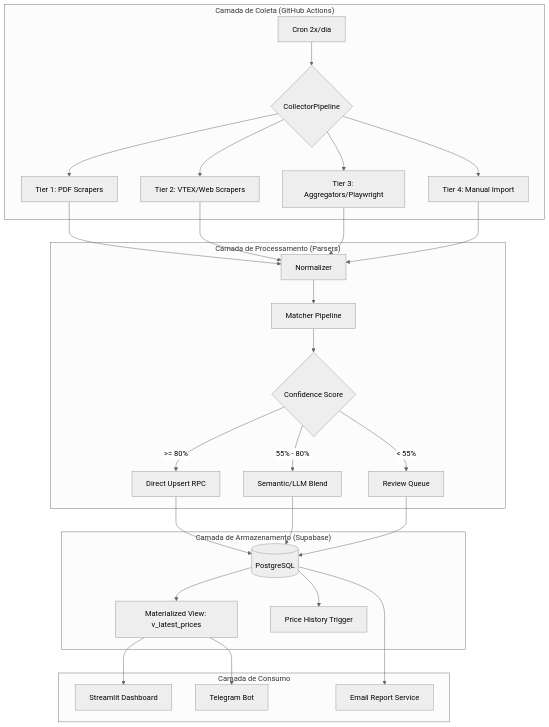
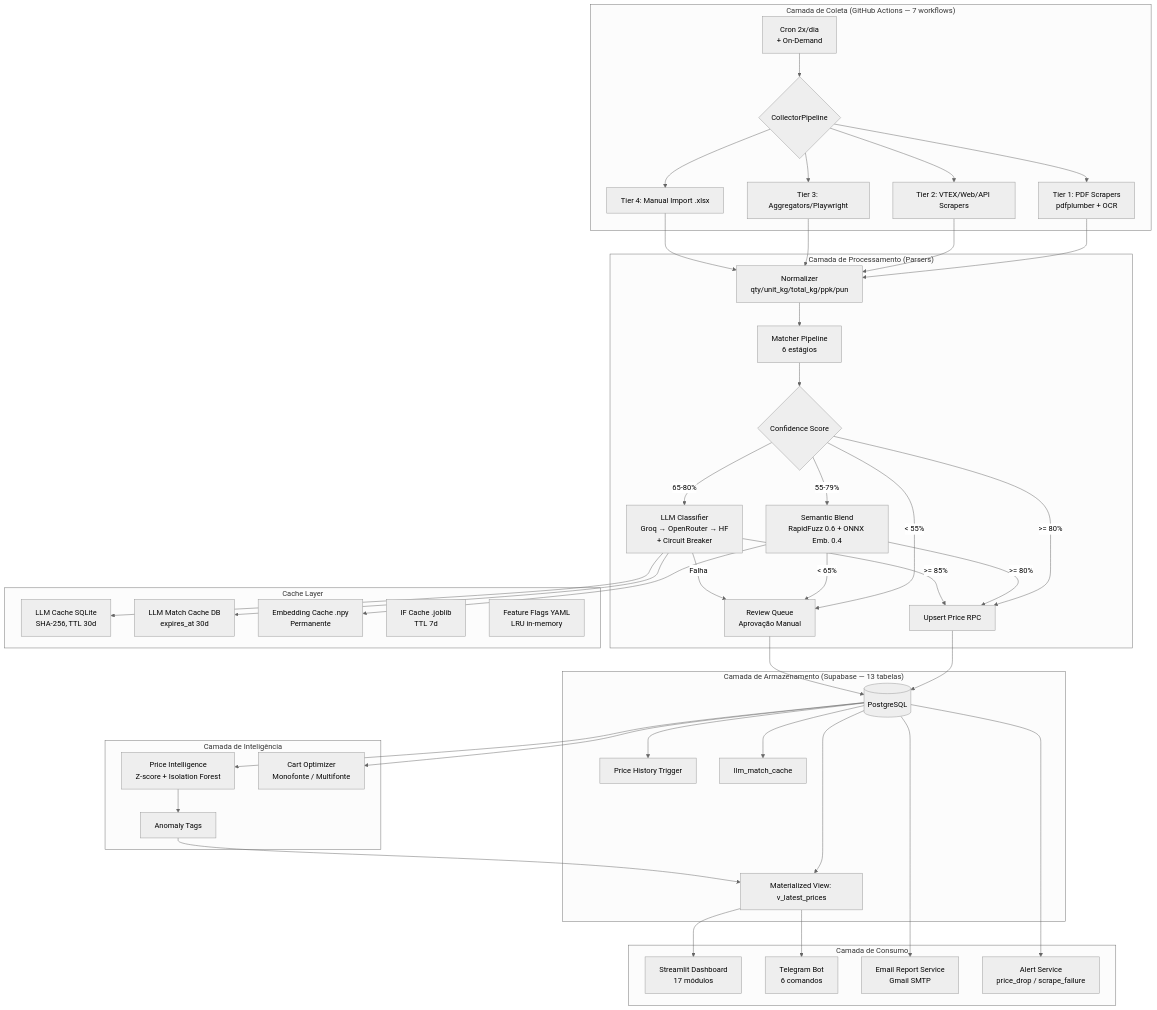
Before and after one commit to ZeroBond85/CustoDoce: the first of 2 diagrams in docs/architecture.md, drawn with Mermaid (neutral theme). The commit also changed other lines of this file and 7 other files, not shown here.

First line of the commit message:
docs: atualizar toda documentação pós-Fase 8 (LLM resilience, cache, cart optimizer, capacidade planning)

````diff
--- a/docs/architecture.md
+++ b/docs/architecture.md
@@ -9,32 +9,57 @@
 ```mermaid
 graph TD
-    subgraph "Camada de Coleta (GitHub Actions)"
-        A[Cron 2x/dia] --> B{CollectorPipeline}
-        B --> C[Tier 1: PDF Scrapers]
-        B --> D[Tier 2: VTEX/Web Scrapers]
+    subgraph "Camada de Coleta (GitHub Actions — 7 workflows)"
+        A[Cron 2x/dia<br/>+ On-Demand] --> B{CollectorPipeline}
+        B --> C[Tier 1: PDF Scrapers<br/>pdfplumber + OCR]
+        B --> D[Tier 2: VTEX/Web/API Scrapers]
         B --> E[Tier 3: Aggregators/Playwright]
-        B --> F[Tier 4: Manual Import]
+        B --> F[Tier 4: Manual Import .xlsx]
     end
 
     subgraph "Camada de Processamento (Parsers)"
-        C & D & E & F --> G[Normalizer]
-        G --> H[Matcher Pipeline]
+        C & D & E & F --> G[Normalizer<br/>qty/unit_kg/total_kg/ppk/pun]
+        G --> H[Matcher Pipeline<br/>6 estágios]
         H --> I{Confidence Score}
-        I -- ">= 80%" --> J[Direct Upsert RPC]
-        I -- "55% - 80%" --> K[Semantic/LLM Blend]
-        I -- "< 55%" --> L[Review Queue]
+        I -- ">= 80%" --> J[Upsert Price RPC]
+        I -- "55-79%" --> K[Semantic Blend<br/>RapidFuzz 0.6 + ONNX Emb. 0.4]
+        I -- "65-80%" --> L[LLM Classifier<br/>Groq → OpenRouter → HF<br/>+ Circuit Breaker]
+        I -- "< 55%" --> M[Review Queue<br/>Aprovação Manual]
+        K -- ">= 80%" --> J
+        K -- "< 65%" --> M
+        L -- ">= 85%" --> J
+        L -- "Falha" --> M
     end
 
-    subgraph "Camada de Armazenamento (Supabase)"
-        J & K --> M[(PostgreSQL)]
-        L --> M
-        M --> N[Materialized View: v_latest_prices]
-        M --> O[Price History Trigger]
+    subgraph "Cache Layer"
+        N1[LLM Cache SQLite<br/>SHA-256, TTL 30d]
+        N2[LLM Match Cache DB<br/>expires_at 30d]
+        N3[Embedding Cache .npy<br/>Permanente]
+        N4[IF Cache .joblib<br/>TTL 7d]
+        N5[Feature Flags YAML<br/>LRU in-memory]
+        L --> N1
+        L --> N2
+        K --> N3
+    end
+
+    subgraph "Camada de Armazenamento (Supabase — 13 tabelas)"
+        J --> O[(PostgreSQL)]
+        M --> O
+        O --> P[Materialized View: v_latest_prices]
+        O --> Q[Price History Trigger]
+        O --> R[llm_match_cache]
+    end
+
+    subgraph "Camada de Inteligência"
+        O --> S[Price Intelligence<br/>Z-score + Isolation Forest]
+        S --> T[Anomaly Tags]
+        O --> U[Cart Optimizer<br/>Monofonte / Multifonte]
+        T --> P
     end
 
     subgraph "Camada de Consumo"
-        N --> P[Streamlit Dashboard]
-        N --> Q[Telegram Bot]
-        M --> R[Email Report Service]
+        P --> V[Streamlit Dashboard<br/>17 módulos]
+        P --> W[Telegram Bot<br/>6 comandos]
+        O --> X[Email Report Service<br/>Gmail SMTP]
+        O --> Y[Alert Service<br/>price_drop / scrape_failure]
     end
 ```
````
